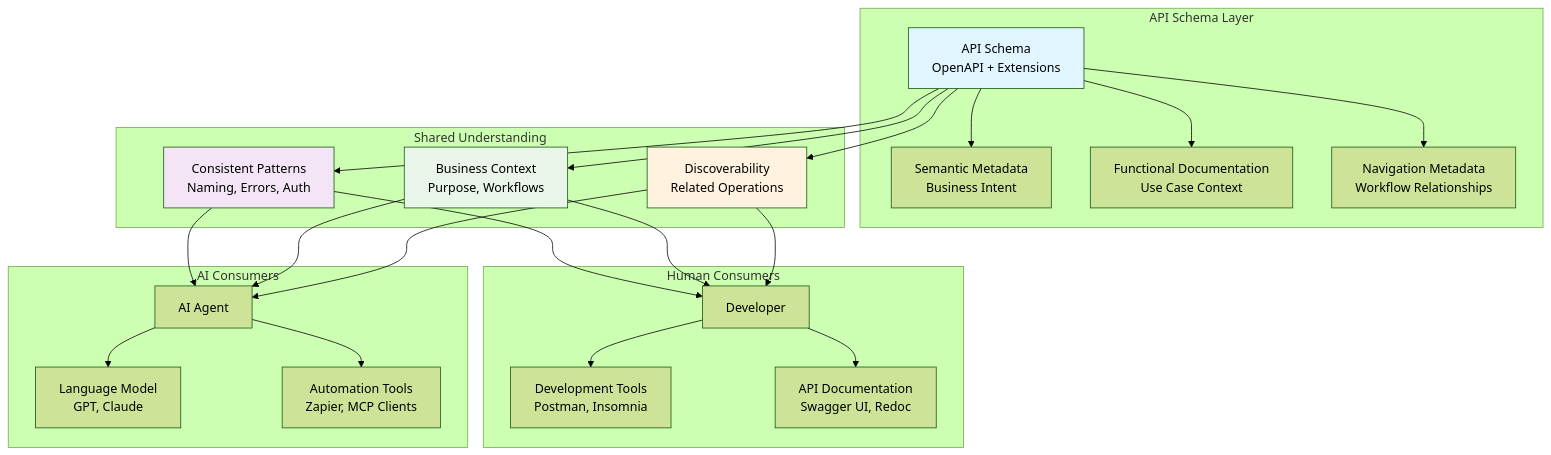
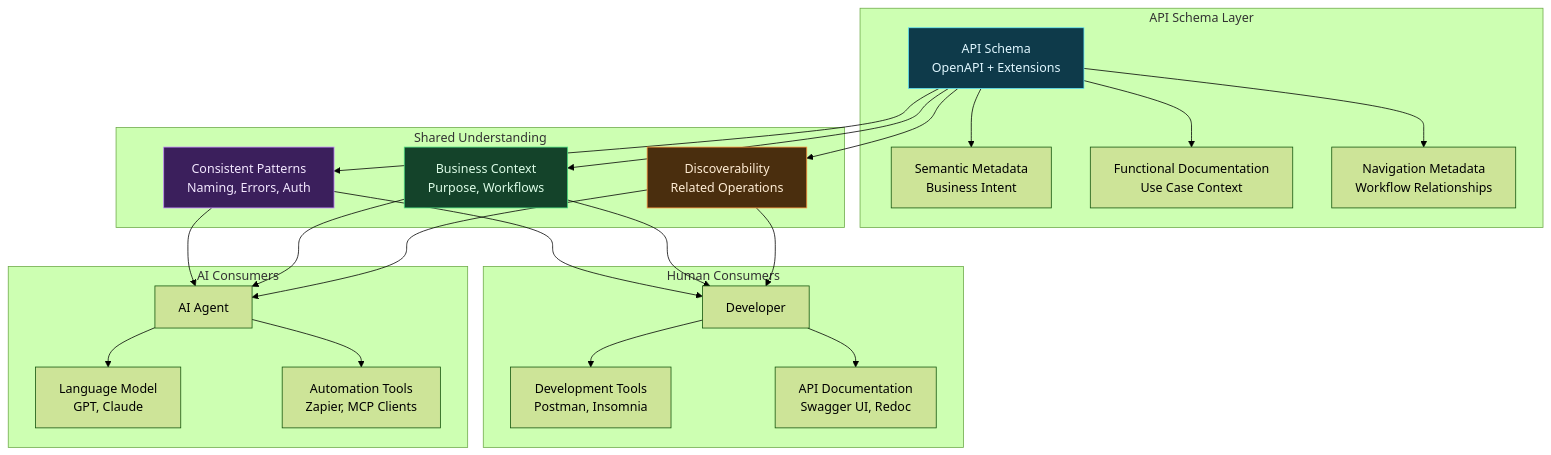
One commit to royberris/Blog changed the diagram in nodes/designing-apis-for-ai-agents.md. Above: the diagram before and after it, drawn with Mermaid (forest theme). The commit also changed 1 other file, not shown here.

Commit message:
fix: make mermaid highlight nodes readable on the dark theme

````diff
--- a/nodes/designing-apis-for-ai-agents.md
+++ b/nodes/designing-apis-for-ai-agents.md
@@ -104,51 +104,51 @@
 ```mermaid
 graph TB
     subgraph "API Schema Layer"
         Schema[API Schema<br/>OpenAPI + Extensions]
         Schema --> SM[Semantic Metadata<br/>Business Intent]
         Schema --> FD[Functional Documentation<br/>Use Case Context]
         Schema --> NM[Navigation Metadata<br/>Workflow Relationships]
     end
     
     subgraph "Human Consumers"
         Dev[Developer]
         DevTools[Development Tools<br/>Postman, Insomnia]
         Docs[API Documentation<br/>Swagger UI, Redoc]
     end
     
     subgraph "AI Consumers"
         Agent[AI Agent]
         LLM[Language Model<br/>GPT, Claude]
         AutoTools[Automation Tools<br/>Zapier, MCP Clients]
     end
     
     subgraph "Shared Understanding"
         Patterns[Consistent Patterns<br/>Naming, Errors, Auth]
         Context[Business Context<br/>Purpose, Workflows]
         Discovery[Discoverability<br/>Related Operations]
     end
     
     Schema --> Patterns
     Schema --> Context
     Schema --> Discovery
     
     Patterns --> Dev
     Patterns --> Agent
     
     Context --> Dev
     Context --> Agent
     
     Discovery --> Dev
     Discovery --> Agent
     
     Dev --> DevTools
     Dev --> Docs
     
     Agent --> LLM
     Agent --> AutoTools
     
-    style Schema fill:#e1f5fe
-    style Patterns fill:#f3e5f5
-    style Context fill:#e8f5e8
-    style Discovery fill:#fff3e0
+    style Schema fill:#0e3a4a,stroke:#67e8f9,color:#e0f7ff
+    style Patterns fill:#3b1f5c,stroke:#c084fc,color:#f3e8ff
+    style Context fill:#14432a,stroke:#4ade80,color:#dcfce7
+    style Discovery fill:#4a2e0e,stroke:#fb923c,color:#ffedd5
 ```
````
